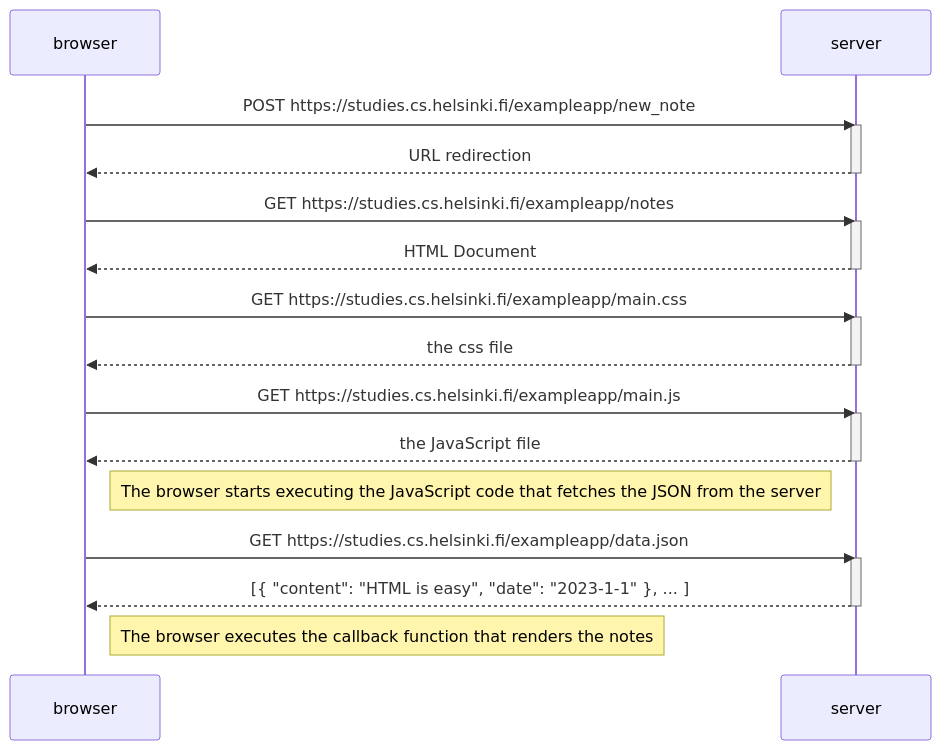
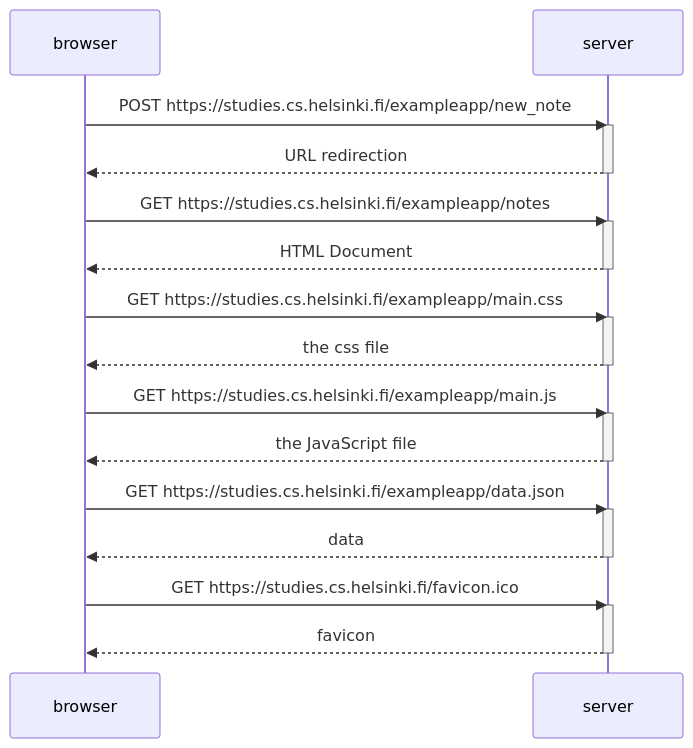
One commit to hilliaho/fullstack changed the diagram in osa0/t0.4.md. Above: the diagram before and after it, drawn with Mermaid.

````diff
--- a/osa0/t0.4.md
+++ b/osa0/t0.4.md
@@ -1,34 +1,35 @@
 ```mermaid
 sequenceDiagram
     participant browser
     participant server
     
     browser->>server: POST https://studies.cs.helsinki.fi/exampleapp/new_note
     activate server
     server-->>browser: URL redirection
     deactivate server
     
     browser->>server: GET https://studies.cs.helsinki.fi/exampleapp/notes
     activate server
     server-->>browser: HTML Document
     deactivate server
     
     browser->>server: GET https://studies.cs.helsinki.fi/exampleapp/main.css
     activate server
     server-->>browser: the css file
     deactivate server
     
     browser->>server: GET https://studies.cs.helsinki.fi/exampleapp/main.js
     activate server
     server-->>browser: the JavaScript file
     deactivate server
     
-    Note right of browser: The browser starts executing the JavaScript code that fetches the JSON from the server
-    
     browser->>server: GET https://studies.cs.helsinki.fi/exampleapp/data.json
     activate server
-    server-->>browser: [{ "content": "HTML is easy", "date": "2023-1-1" }, ... ]
-    deactivate server    
-
-    Note right of browser: The browser executes the callback function that renders the notes 
+    server-->>browser: data
+    deactivate server
+    
+    browser->>server: GET https://studies.cs.helsinki.fi/favicon.ico
+    activate server
+    server-->>browser: favicon
+    deactivate server   
 ```
````
